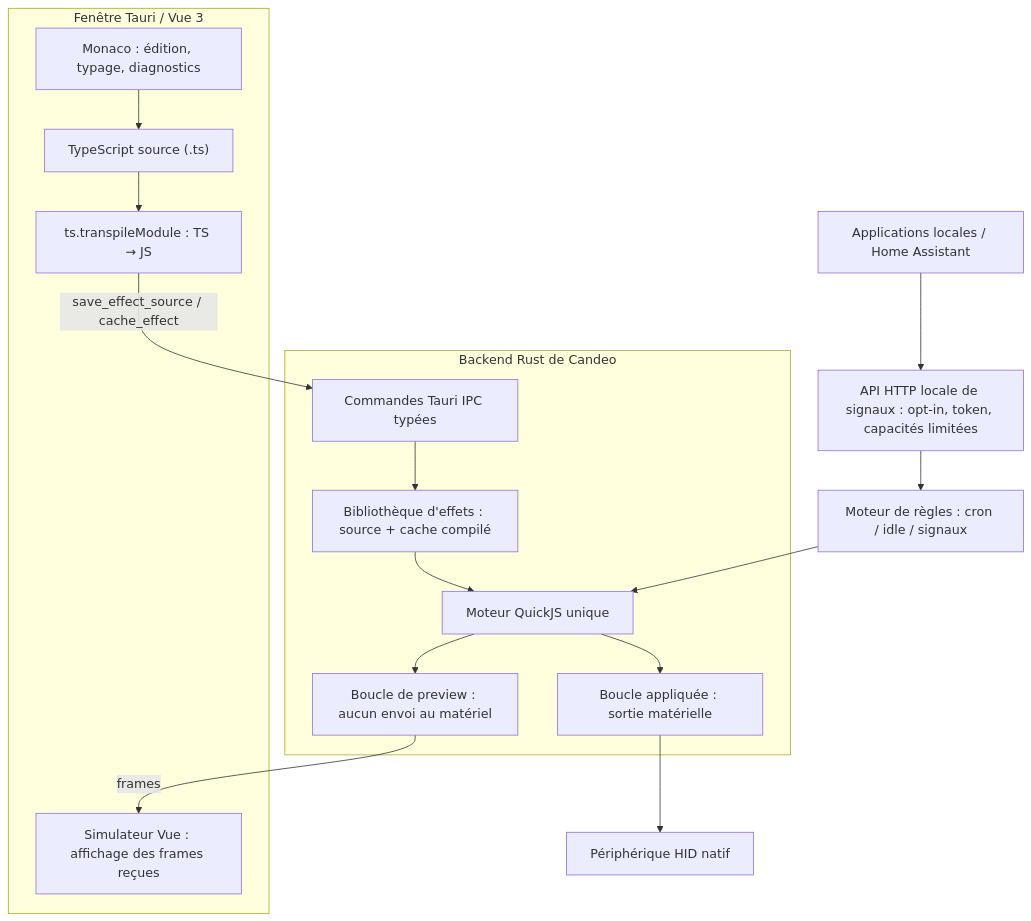
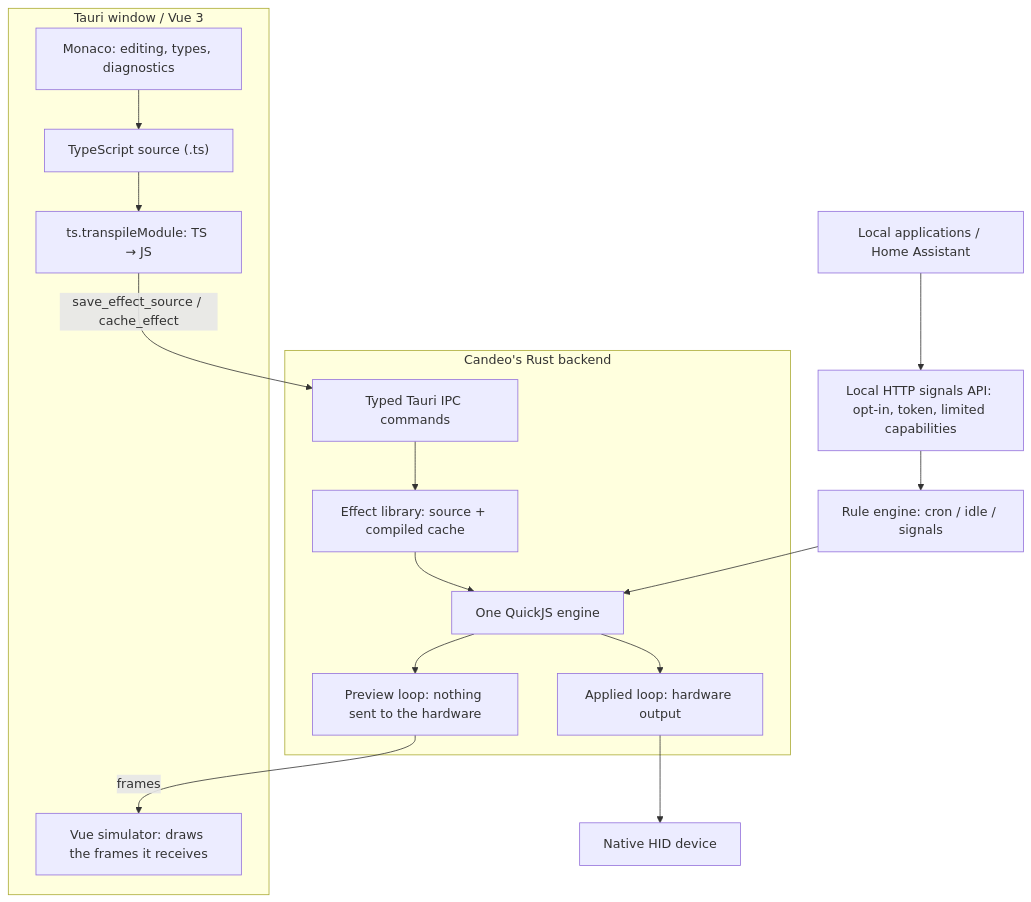
Before and after one commit to o2csi/candeo: the first of 3 diagrams in docs/design/mcp-architecture.md, drawn with Mermaid. The commit also changed other lines of this file, not shown here.

First line of the commit message:
docs: the MCP architecture note in English

````diff
--- a/docs/design/mcp-architecture.md
+++ b/docs/design/mcp-architecture.md
@@ -9,27 +16,27 @@
 ```mermaid
 flowchart TB
-    subgraph Frontend["Fenêtre Tauri / Vue 3"]
-        Monaco["Monaco : édition, typage, diagnostics"]
+    subgraph Frontend["Tauri window / Vue 3"]
+        Monaco["Monaco: editing, types, diagnostics"]
         TS["TypeScript source (.ts)"]
-        Transpile["ts.transpileModule : TS → JS"]
-        Sim["Simulateur Vue : affichage des frames reçues"]
+        Transpile["ts.transpileModule: TS → JS"]
+        Sim["Vue simulator: draws the frames it receives"]
         Monaco --> TS --> Transpile
     end
-    subgraph Backend["Backend Rust de Candeo"]
-        IPC["Commandes Tauri IPC typées"]
-        Store["Bibliothèque d'effets : source + cache compilé"]
-        Runtime["Moteur QuickJS unique"]
-        Preview["Boucle de preview : aucun envoi au matériel"]
-        Applied["Boucle appliquée : sortie matérielle"]
+    subgraph Backend["Candeo's Rust backend"]
+        IPC["Typed Tauri IPC commands"]
+        Store["Effect library: source + compiled cache"]
+        Runtime["One QuickJS engine"]
+        Preview["Preview loop: nothing sent to the hardware"]
+        Applied["Applied loop: hardware output"]
         Store --> Runtime
         Runtime --> Preview
         Runtime --> Applied
     end
     Transpile -->|"save_effect_source / cache_effect"| IPC
     IPC --> Store
     Preview -->|"frames"| Sim
-    Applied --> Native["Périphérique HID natif"]
-    Ext["Applications locales / Home Assistant"] --> Signal["API HTTP locale de signaux : opt-in, token, capacités limitées"]
-    Signal --> Rules["Moteur de règles : cron / idle / signaux"]
+    Applied --> Native["Native HID device"]
+    Ext["Local applications / Home Assistant"] --> Signal["Local HTTP signals API: opt-in, token, limited capabilities"]
+    Signal --> Rules["Rule engine: cron / idle / signals"]
     Rules --> Runtime
 ```
````
